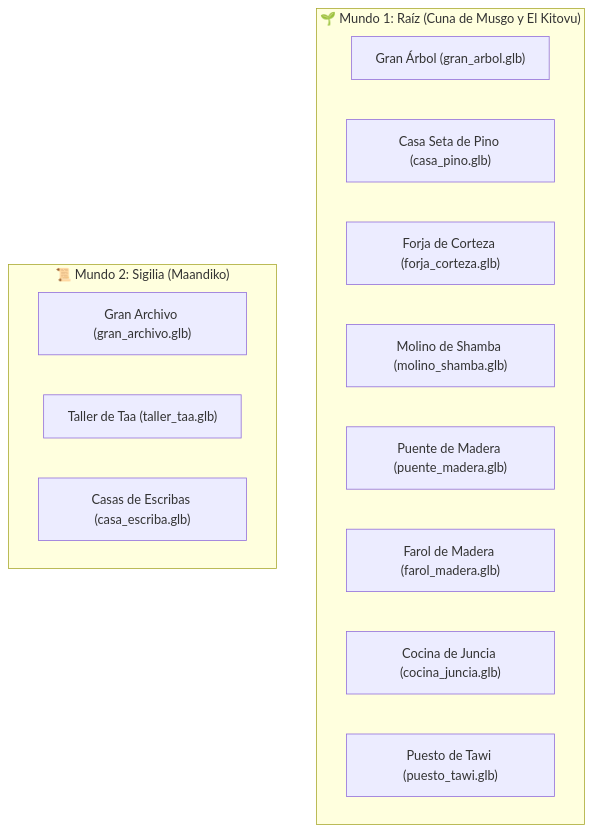
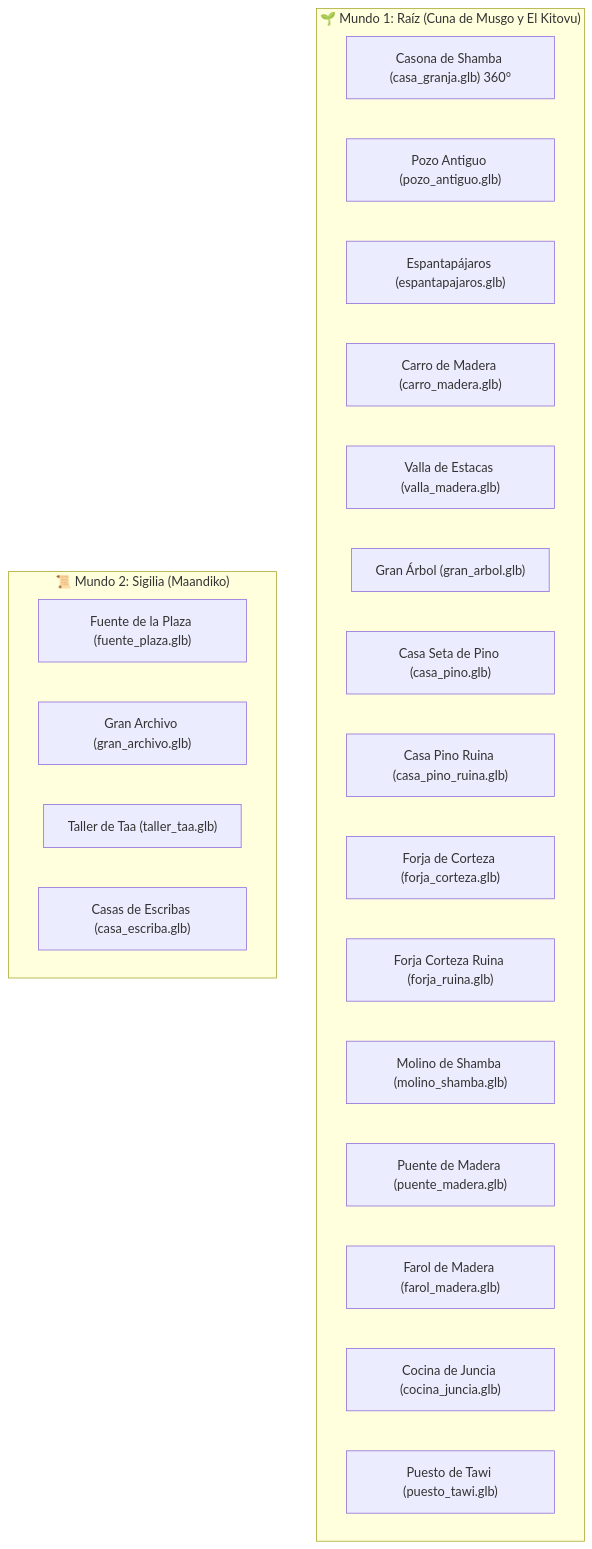
Before and after one commit to maiinf/maisha: the diagram in documentacion/modelos_3d.md, drawn with Mermaid. The commit also changed other lines of this file and 32 other files, not shown here.

````diff
--- a/documentacion/modelos_3d.md
+++ b/documentacion/modelos_3d.md
@@ -43,18 +47,26 @@
 ```mermaid
 graph TD
     subgraph Raiz["🌱 Mundo 1: Raíz (Cuna de Musgo y El Kitovu)"]
+        CG["Casona de Shamba (casa_granja.glb) 360°"]
+        PZ["Pozo Antiguo (pozo_antiguo.glb)"]
+        EP["Espantapájaros (espantapajaros.glb)"]
+        CR["Carro de Madera (carro_madera.glb)"]
+        VM["Valla de Estacas (valla_madera.glb)"]
         GA["Gran Árbol (gran_arbol.glb)"]
         CP["Casa Seta de Pino (casa_pino.glb)"]
+        CPR["Casa Pino Ruina (casa_pino_ruina.glb)"]
         FC["Forja de Corteza (forja_corteza.glb)"]
+        FCR["Forja Corteza Ruina (forja_ruina.glb)"]
         MS["Molino de Shamba (molino_shamba.glb)"]
         PM["Puente de Madera (puente_madera.glb)"]
         FM["Farol de Madera (farol_madera.glb)"]
         CJ["Cocina de Juncia (cocina_juncia.glb)"]
         PT["Puesto de Tawi (puesto_tawi.glb)"]
     end
     subgraph Sigilia["📜 Mundo 2: Sigilia (Maandiko)"]
+        FP["Fuente de la Plaza (fuente_plaza.glb)"]
         GAR["Gran Archivo (gran_archivo.glb)"]
         TT["Taller de Taa (taller_taa.glb)"]
         CE["Casas de Escribas (casa_escriba.glb)"]
     end
 ```
````
